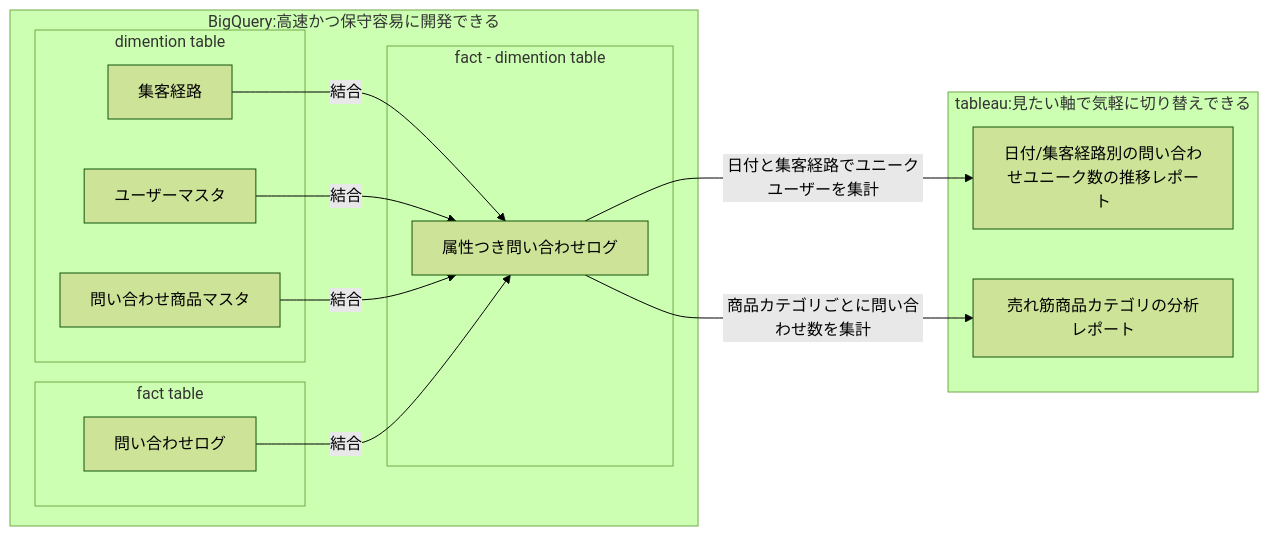
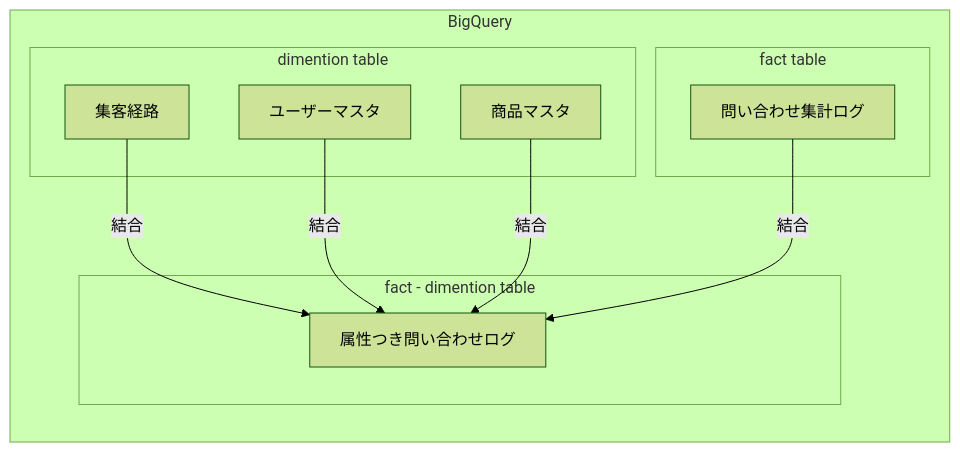
One commit to mjunya1030/mj-zenn changed the fourth of 5 diagrams in articles/20211004-simplify-tableau-report.md. Above: the diagram before and after it, drawn with Mermaid (forest theme). The commit also changed other lines of this file, not shown here.

````diff
--- a/articles/20211004-simplify-tableau-report.md
+++ b/articles/20211004-simplify-tableau-report.md
@@ -40,24 +134,19 @@
 ```mermaid
 graph LR;
-  subgraph BigQuery:高速かつ保守容易に開発できる
+  subgraph BigQuery
     subgraph dimention table;
         集客経路;
         ユーザーマスタ;
-        問い合わせ商品マスタ;
+        商品マスタ;
     end
     subgraph fact table;
-        問い合わせログ;
+        問い合わせ集計ログ;
     end
     subgraph fact - dimention table;
         集客経路 -- 結合 --> 属性つき問い合わせログ;
         ユーザーマスタ -- 結合 --> 属性つき問い合わせログ;
-        問い合わせ商品マスタ -- 結合 --> 属性つき問い合わせログ;
-        問い合わせログ -- 結合 --> 属性つき問い合わせログ;
+        商品マスタ -- 結合 --> 属性つき問い合わせログ;
+        問い合わせ集計ログ -- 結合 --> 属性つき問い合わせログ;
     end
-
-end
-subgraph tableau:見たい軸で気軽に切り替えできる
-    属性つき問い合わせログ -- 日付と集客経路でユニークユーザーを集計 --> 日付/集客経路別の問い合わせユニーク数の推移レポート;
-    属性つき問い合わせログ -- 商品カテゴリごとに問い合わせ数を集計 --> 売れ筋商品カテゴリの分析レポート;
 end
 ```
````
